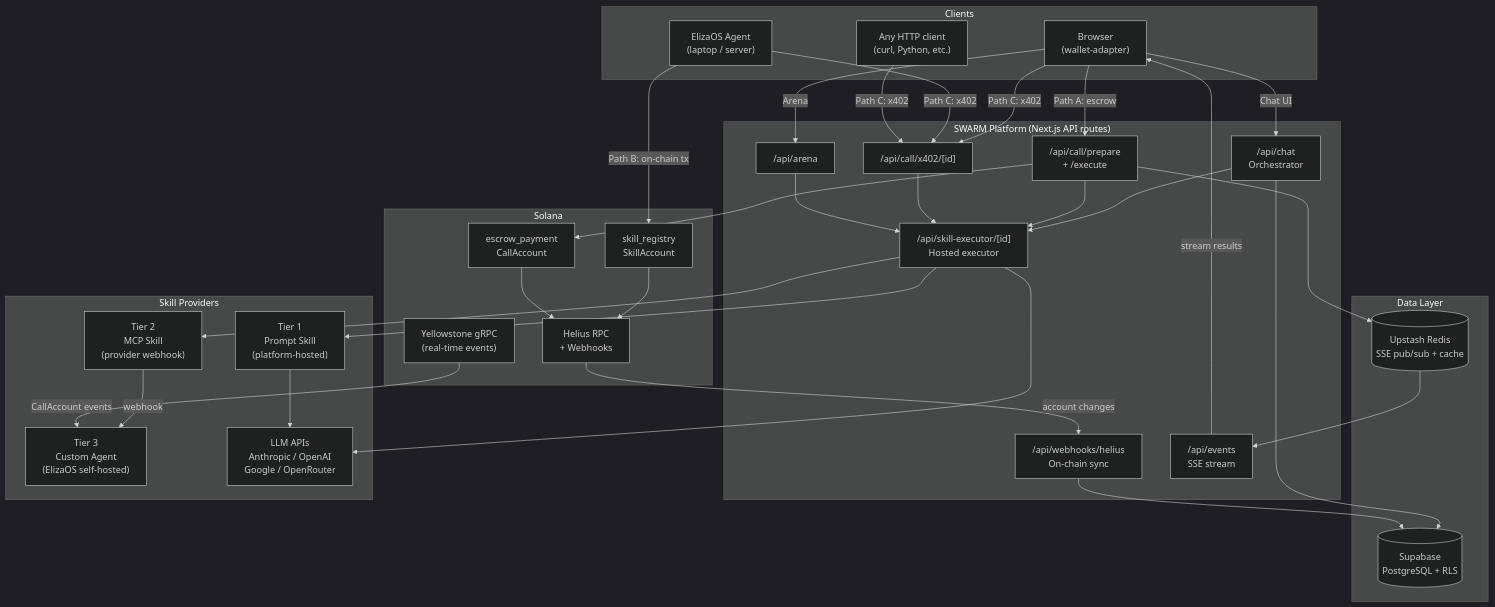
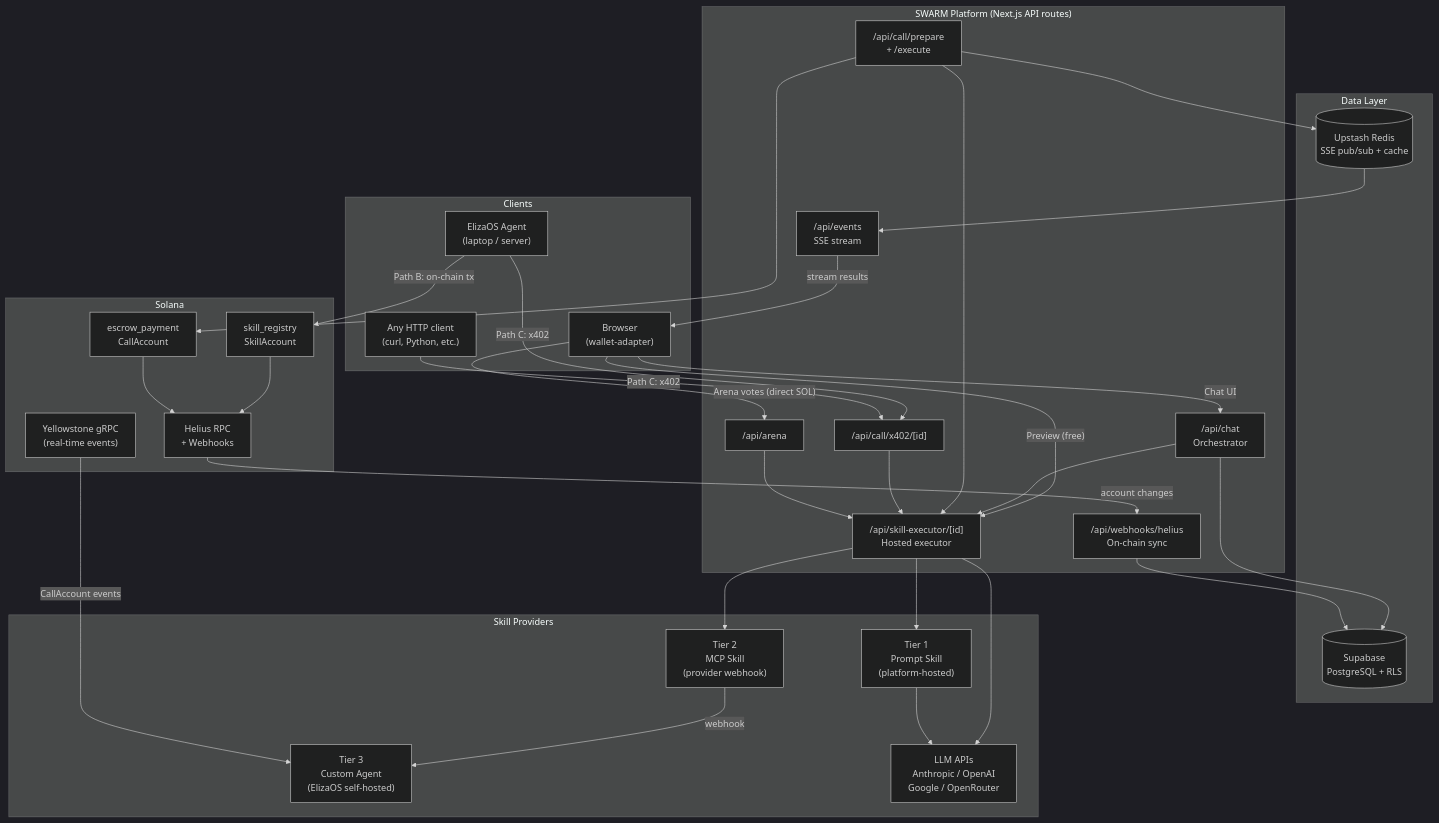
The first of 8 diagrams in README.md (windyinwind/skillhive-marketplace), drawn with Mermaid (dark theme) before and after one commit. The commit also changed other lines of this file and 67 other files, not shown here.

````diff
--- a/README.md
+++ b/README.md
@@ -32,69 +38,68 @@
 ```mermaid
 graph TB
     subgraph Clients
         Browser["Browser\n(wallet-adapter)"]
         ElizaAgent["ElizaOS Agent\n(laptop / server)"]
         AnyHTTP["Any HTTP client\n(curl, Python, etc.)"]
     end
 
     subgraph "SWARM Platform (Next.js API routes)"
         Chat["/api/chat\nOrchestrator"]
         Executor["/api/skill-executor/[id]\nHosted executor"]
         CallPrepare["/api/call/prepare\n+ /execute"]
         CallX402["/api/call/x402/[id]"]
         Arena["/api/arena"]
         Helius_WH["/api/webhooks/helius\nOn-chain sync"]
         SSE["/api/events\nSSE stream"]
     end
 
     subgraph "Data Layer"
         Supabase[("Supabase\nPostgreSQL + RLS")]
         Redis[("Upstash Redis\nSSE pub/sub + cache")]
     end
 
     subgraph "Solana"
         SkillRegistry["skill_registry\nSkillAccount"]
         EscrowProgram["escrow_payment\nCallAccount"]
         HeliusRPC["Helius RPC\n+ Webhooks"]
         Yellowstone["Yellowstone gRPC\n(real-time events)"]
     end
 
     subgraph "Skill Providers"
         Tier1["Tier 1\nPrompt Skill\n(platform-hosted)"]
         Tier2["Tier 2\nMCP Skill\n(provider webhook)"]
         Tier3["Tier 3\nCustom Agent\n(ElizaOS self-hosted)"]
         LLM["LLM APIs\nAnthropic / OpenAI\nGoogle / OpenRouter"]
     end
 
-    Browser -->|"Path A: escrow"| CallPrepare
-    Browser -->|"Path C: x402"| CallX402
+    Browser -->|"Arena votes (direct SOL)"| Arena
     Browser -->|"Chat UI"| Chat
-    Browser -->|"Arena"| Arena
+    Browser -->|"Preview (free)"| Executor
     ElizaAgent -->|"Path C: x402"| CallX402
     ElizaAgent -->|"Path B: on-chain tx"| SkillRegistry
     AnyHTTP -->|"Path C: x402"| CallX402
 
     Chat --> Executor
     Chat --> Supabase
     CallPrepare --> EscrowProgram
     CallPrepare --> Executor
     CallX402 --> Executor
     Arena --> Executor
 
     Executor --> Tier1
     Executor --> Tier2
     Executor --> LLM
     Tier1 --> LLM
     Tier2 -->|"webhook"| Tier3
 
     Helius_WH --> Supabase
     HeliusRPC -->|"account changes"| Helius_WH
     Yellowstone -->|"CallAccount events"| Tier3
 
     SkillRegistry --> HeliusRPC
     EscrowProgram --> HeliusRPC
 
     CallPrepare --> Redis
     Redis --> SSE
     SSE -->|"stream results"| Browser
 ```
````
